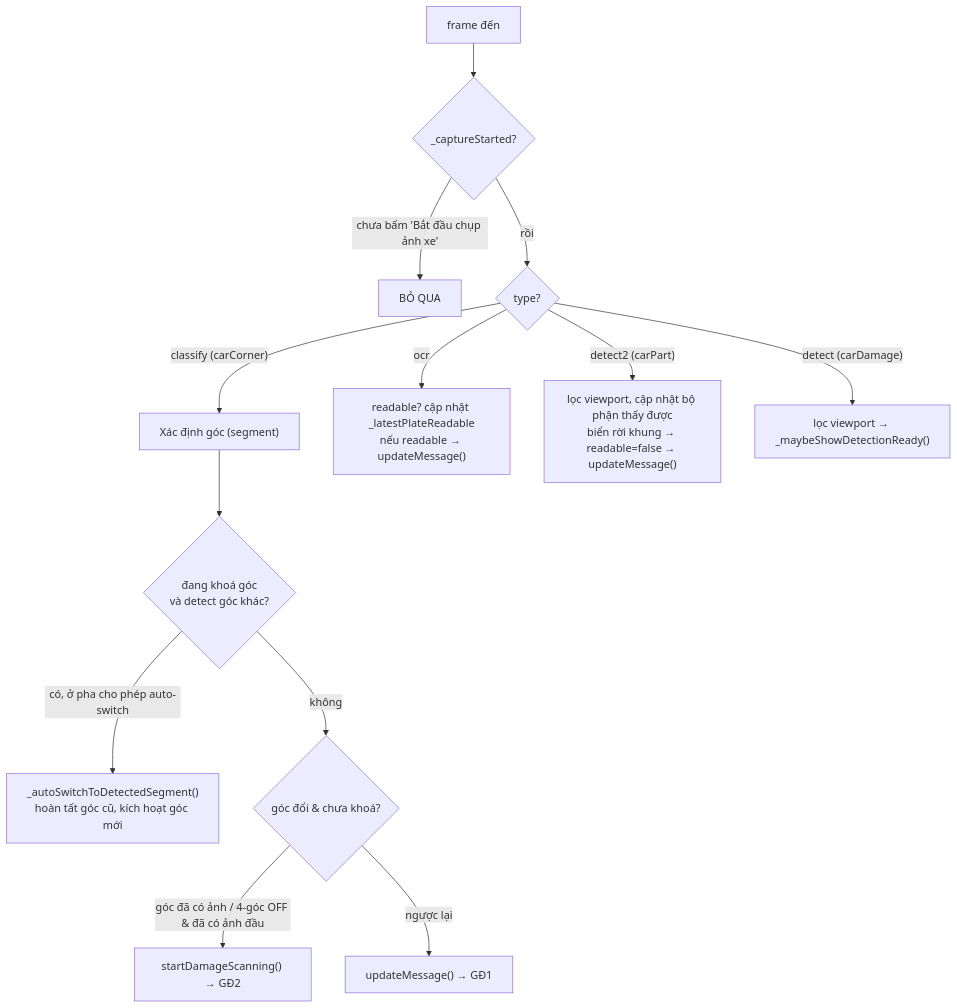
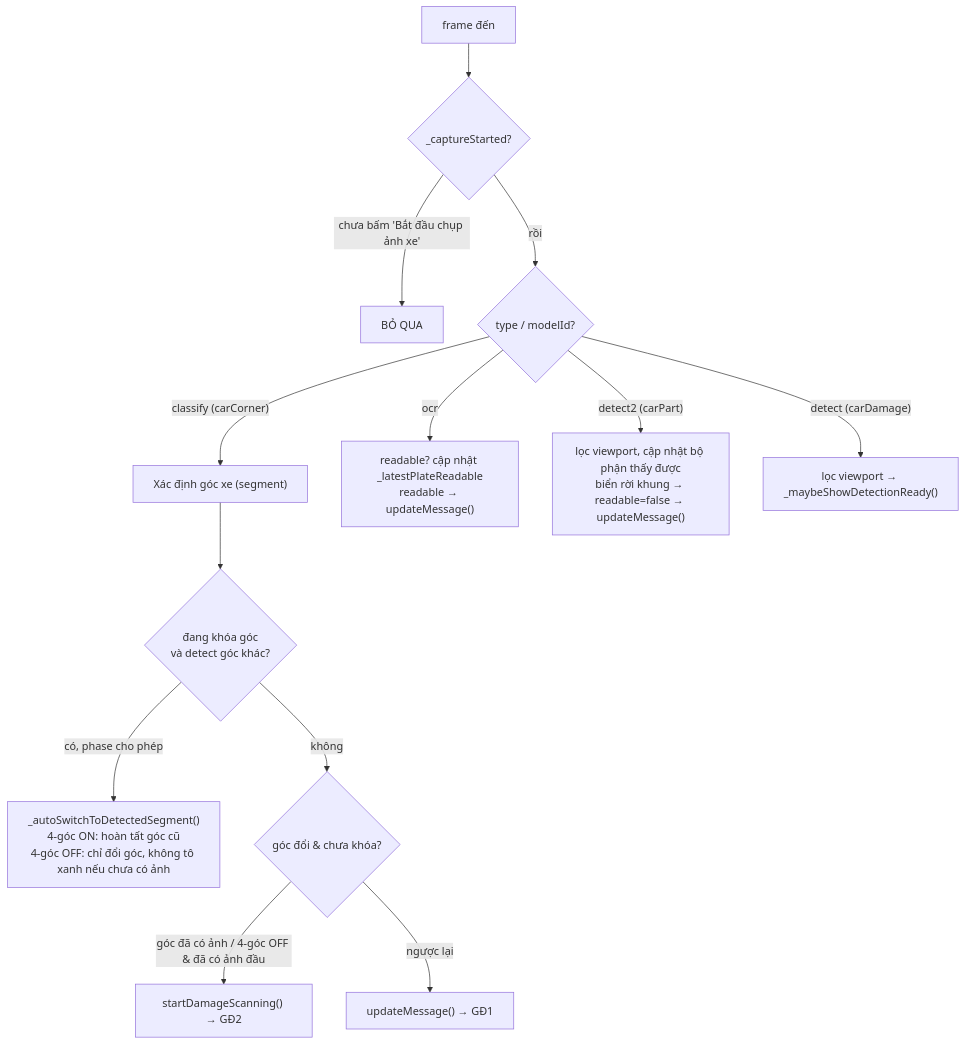
One commit to Aicycle-Insurance/aicycle_on_device changed the second of 9 diagrams in CAMERA_CONTROLLER.md. Above: the diagram before and after it, drawn with Mermaid. The commit also changed other lines of this file and 3 other files, not shown here.

````diff
--- a/CAMERA_CONTROLLER.md
+++ b/CAMERA_CONTROLLER.md
@@ -96,19 +31,17 @@
 ```mermaid
 flowchart TD
     F["frame đến"] --> G{"_captureStarted?"}
     G -->|"chưa bấm 'Bắt đầu chụp ảnh xe'"| SKIP["BỎ QUA"]
-    G -->|rồi| T{"type?"}
+    G -->|rồi| T{"type / modelId?"}
 
-    T -->|"classify (carCorner)"| C["Xác định góc (segment)"]
-    C --> C0{"đang khoá góc<br/>và detect góc khác?"}
-    C0 -->|"có, ở pha cho phép auto-switch"| C4["_autoSwitchToDetectedSegment()<br/>hoàn tất góc cũ, kích hoạt góc mới"]
-    C0 -->|"không"| C1{"góc đổi & chưa khoá?"}
+    T -->|"classify (carCorner)"| C["Xác định góc xe (segment)"]
+    C --> C0{"đang khóa góc<br/>và detect góc khác?"}
+    C0 -->|"có, phase cho phép"| C4["_autoSwitchToDetectedSegment()<br/>4-góc ON: hoàn tất góc cũ<br/>4-góc OFF: chỉ đổi góc, không tô xanh nếu chưa có ảnh"]
+    C0 -->|"không"| C1{"góc đổi & chưa khóa?"}
     C1 -->|"góc đã có ảnh / 4-góc OFF & đã có ảnh đầu"| C2["startDamageScanning() → GĐ2"]
     C1 -->|"ngược lại"| C3["updateMessage() → GĐ1"]
 
-    T -->|ocr| O["readable? cập nhật _latestPlateReadable<br/>nếu readable → updateMessage()"]
-
+    T -->|"ocr"| O["readable? cập nhật _latestPlateReadable<br/>readable → updateMessage()"]
     T -->|"detect2 (carPart)"| P["lọc viewport, cập nhật bộ phận thấy được<br/>biển rời khung → readable=false → updateMessage()"]
-
     T -->|"detect (carDamage)"| D["lọc viewport → _maybeShowDetectionReady()"]
 ```
````
